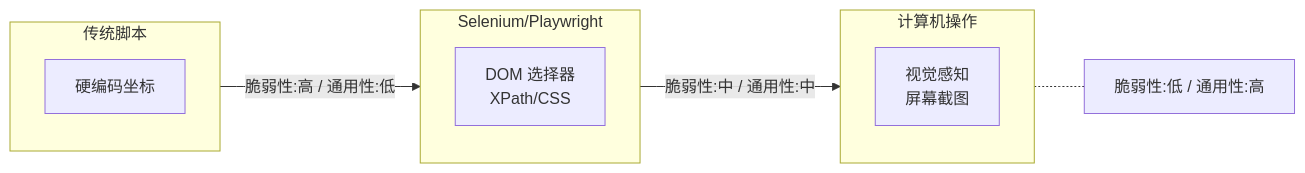
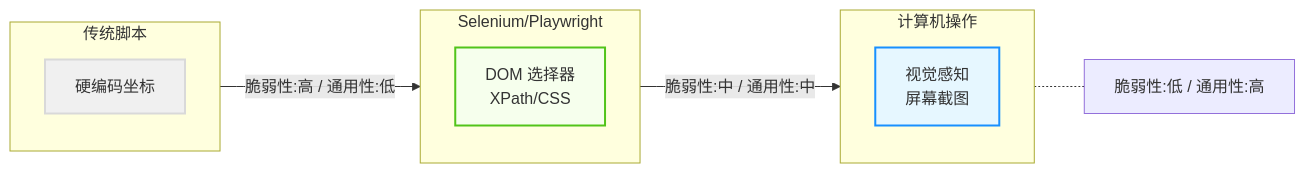
One commit to yeasy/agentic_ai_guide changed the first of 4 diagrams in 04_tools/4.5_browser.md. Above: the diagram before and after it, drawn with Mermaid. The commit also changed other lines of this file and 36 other files, not shown here.

````diff
--- a/04_tools/4.5_browser.md
+++ b/04_tools/4.5_browser.md
@@ -19,18 +19,27 @@
 ```mermaid
 graph LR
+    %% Agentic Design System
+    classDef agent fill:#e6f7ff,stroke:#1890ff,stroke-width:2px;
+    classDef tool fill:#f6ffed,stroke:#52c41a,stroke-width:2px;
+    classDef env fill:#f0f0f0,stroke:#d9d9d9,stroke-width:2px;
+
     subgraph Gen1 [传统脚本]
         T1[硬编码坐标]
     end
     
     subgraph Gen2 [Selenium/Playwright]
         T2[DOM 选择器<br>XPath/CSS]
     end
     
     subgraph Gen3 [计算机操作]
         T3[视觉感知<br>屏幕截图]
     end
     
     Gen1 --"脆弱性:高 / 通用性:低"--> Gen2
     Gen2 --"脆弱性:中 / 通用性:中"--> Gen3
     Gen3 -.- Note["脆弱性:低 / 通用性:高"]
+    
+    class T1 env;
+    class T2 tool;
+    class T3 agent;
 ```
````
